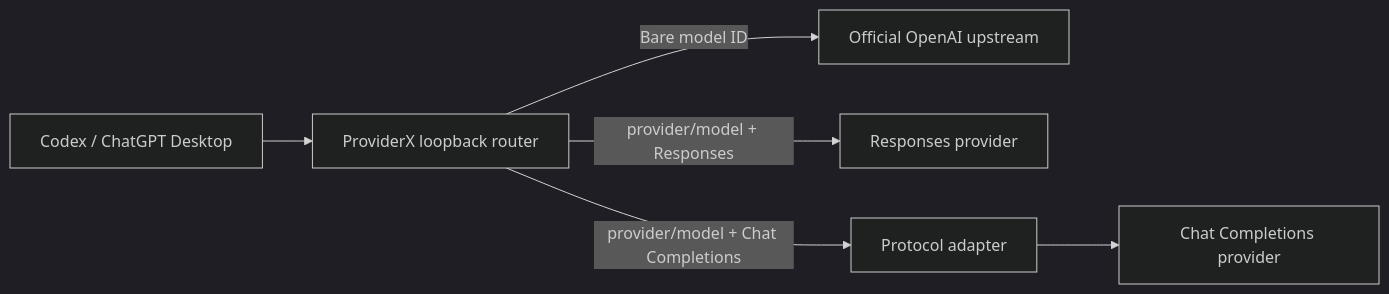
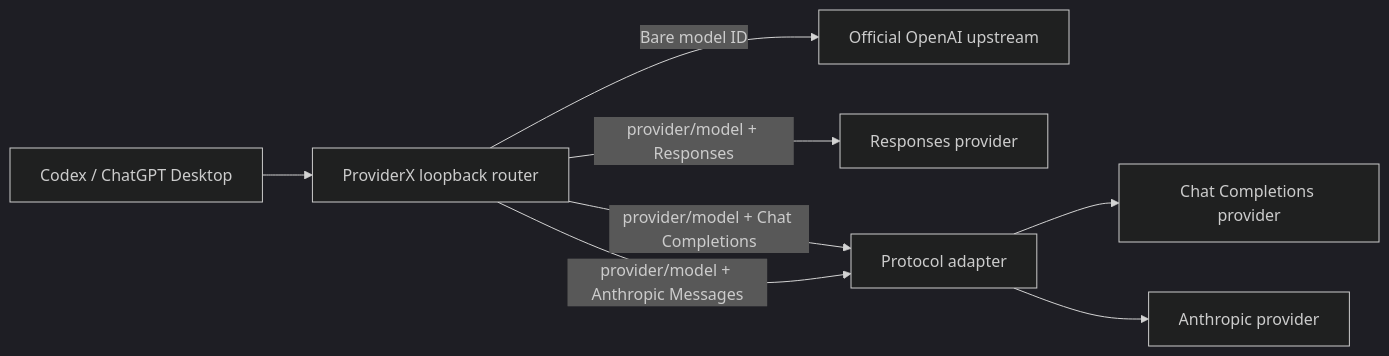
Before and after one commit to brookqin/provider-x: the diagram in README.md, drawn with Mermaid (dark theme). The commit also changed other lines of this file and 36 other files, not shown here.

Commit message:
feat: add Anthropic Messages protocol support

````diff
--- a/README.md
+++ b/README.md
@@ -57,8 +58,10 @@
 ```mermaid
 flowchart LR
     A["Codex / ChatGPT Desktop"] --> B["ProviderX loopback router"]
     B -->|"Bare model ID"| C["Official OpenAI upstream"]
     B -->|"provider/model + Responses"| D["Responses provider"]
     B -->|"provider/model + Chat Completions"| E["Protocol adapter"]
     E --> F["Chat Completions provider"]
+    B -->|"provider/model + Anthropic Messages"| E
+    E --> G["Anthropic provider"]
 ```
````
